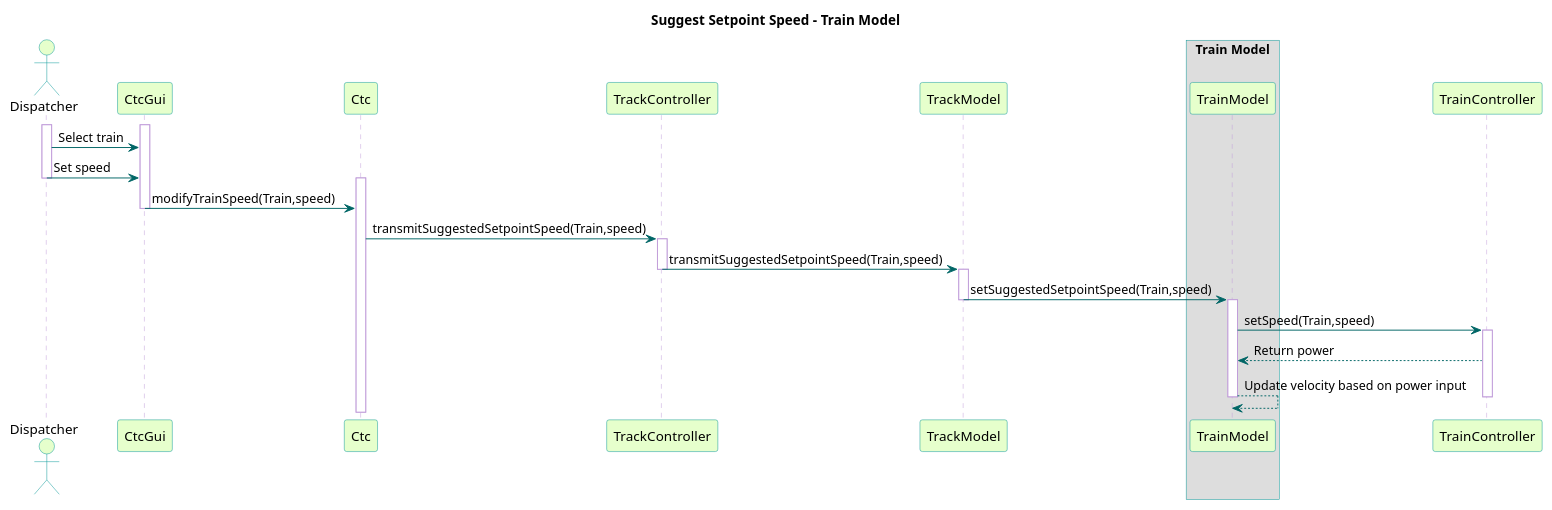
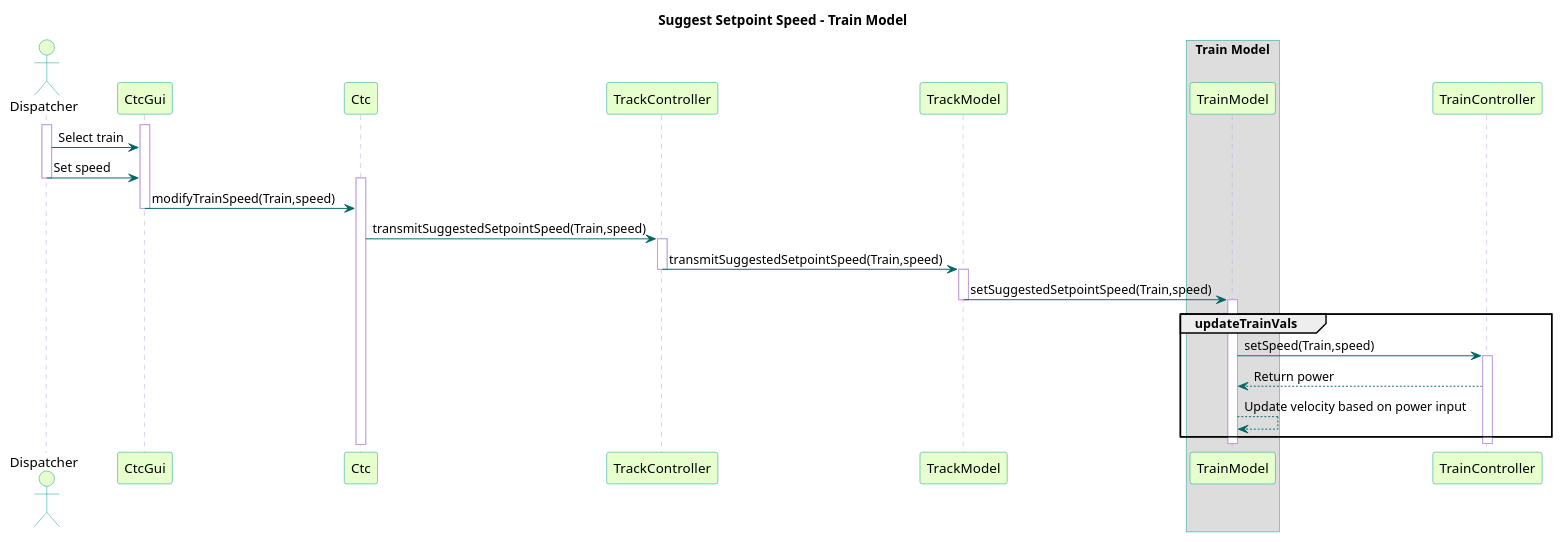
One commit to kevingilboy/COE1186 changed the diagram in TrainSystem/yUML/Sequence Diagrams/TrainModel/SetSetpointSpeed.puml. Above: the diagram before and after it, drawn with PlantUML. The commit also changed 9 other files, not shown here.

Commit message:
More UML Updates...again

```diff
--- a/TrainSystem/yUML/Sequence Diagrams/TrainModel/SetSetpointSpeed.puml
+++ b/TrainSystem/yUML/Sequence Diagrams/TrainModel/SetSetpointSpeed.puml
@@ -1,57 +1,59 @@
 @startuml
 
 title Suggest Setpoint Speed - Train Model
 
 skinparam sequence {
   BackgroundColor transparent
   ActorBackgroundColor #e6ffcc
   ActorBorderColor 	#049595
   ParticipantBackgroundColor #e6ffcc
   ParticipantBorderColor 	#049595
   BoxBorderColor    #049595
   PackageBorderCOlor  #049595
   ArrowColor #006666
   LifeLineBorderColor #c09cd9
 }
 
 actor "Dispatcher"
 participant CtcGui
 participant Ctc
 participant TrackController
 participant TrackModel
 box "Train Model"
 participant TrainModel
 end box
 'participant Mbo
 
 activate Dispatcher
 activate CtcGui
 Dispatcher -> CtcGui : Select train
 Dispatcher -> CtcGui : Set speed
 deactivate Dispatcher
 
 activate Ctc
 CtcGui -> Ctc : modifyTrainSpeed(Train,speed)
 deactivate CtcGui
 Ctc -> TrackController : transmitSuggestedSetpointSpeed(Train,speed)
 
 activate TrackController
 TrackController -> TrackModel : transmitSuggestedSetpointSpeed(Train,speed)
 deactivate TrackController
 
 activate TrackModel
 TrackModel -> TrainModel : setSuggestedSetpointSpeed(Train,speed)
 deactivate TrackModel
 
+group updateTrainVals
 activate TrainModel
 TrainModel -> TrainController : setSpeed(Train,speed)
 
 activate TrainController
 TrainController --> TrainModel : Return power
 TrainModel --> TrainModel : Update velocity based on power input
+end
 deactivate TrainModel
 
 deactivate TrainController
 
 
 @enduml
```
